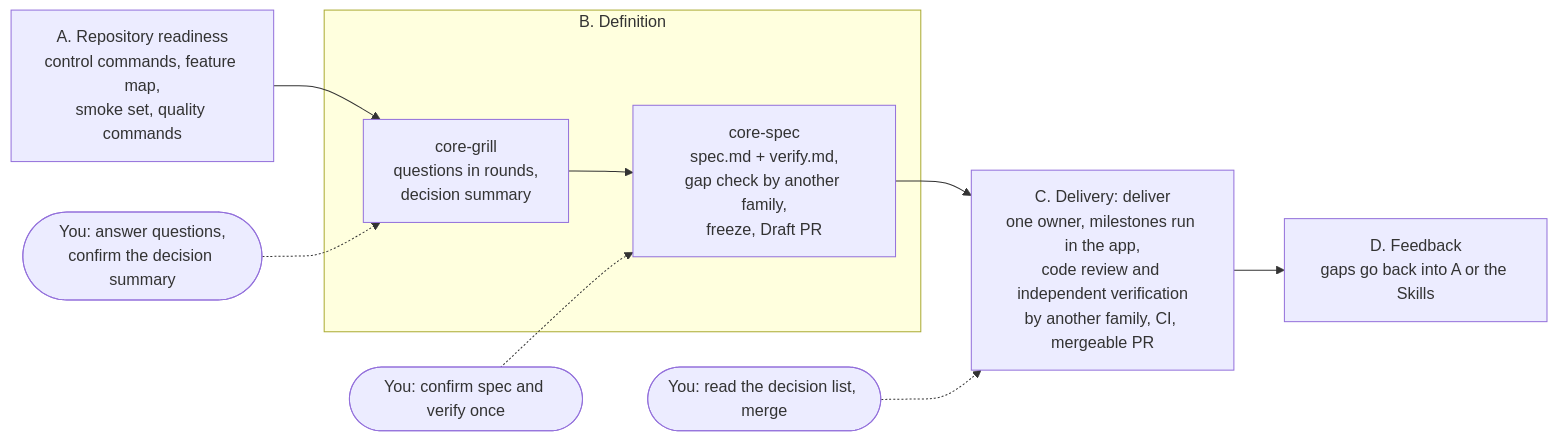
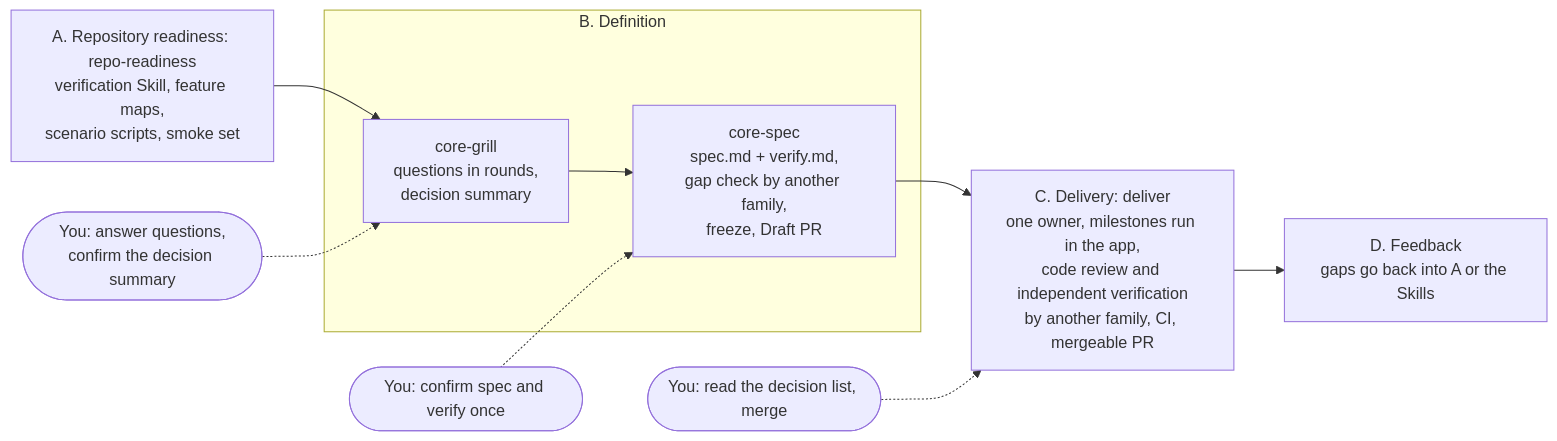
Before and after one commit to coder-xieshijie/dev-skills: the diagram in README.md, drawn with Mermaid. The commit also changed other lines of this file and 4 other files, not shown here.

First line of the commit message:
docs: put repo-readiness at stage A of the workflow

````diff
--- a/README.md
+++ b/README.md
@@ -13,12 +13,12 @@
 ```mermaid
 flowchart LR
-    A["A. Repository readiness<br/>control commands, feature map,<br/>smoke set, quality commands"] --> B1
+    A["A. Repository readiness: repo-readiness<br/>verification Skill, feature maps,<br/>scenario scripts, smoke set"] --> B1
     subgraph B["B. Definition"]
         B1["core-grill<br/>questions in rounds,<br/>decision summary"] --> B2["core-spec<br/>spec.md + verify.md,<br/>gap check by another family,<br/>freeze, Draft PR"]
     end
     B2 --> C["C. Delivery: deliver<br/>one owner, milestones run in the app,<br/>code review and independent verification<br/>by another family, CI, mergeable PR"]
     C --> D["D. Feedback<br/>gaps go back into A or the Skills"]
     H1(["You: answer questions,<br/>confirm the decision summary"]) -.-> B1
     H2(["You: confirm spec and verify once"]) -.-> B2
     H3(["You: read the decision list, merge"]) -.-> C
 ```
````
